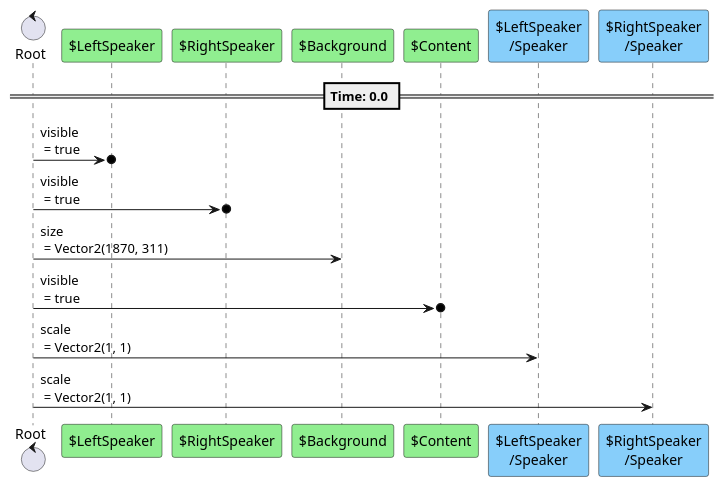
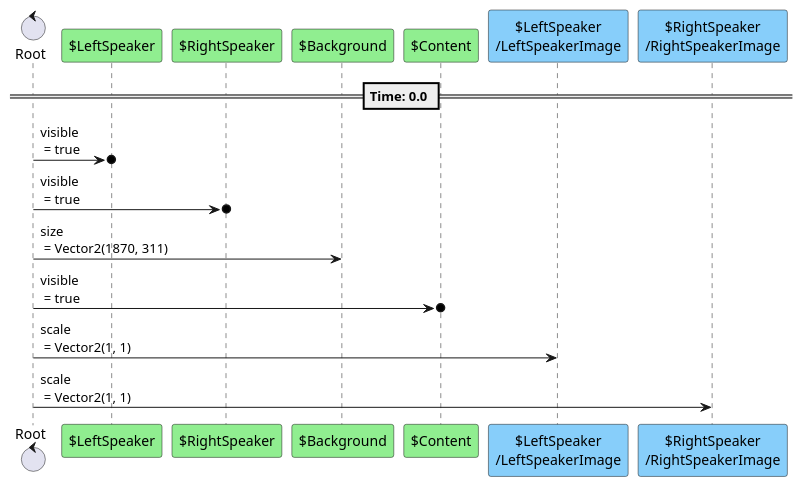
Before and after one commit to tkmfujise/Platformer-Game-Learning: the third of 5 diagrams in content/scenes/src/dialogue/dialogue.tscn.adoc, drawn with PlantUML. The commit also changed other lines of this file and 201 other files, not shown here.

```diff
--- a/content/scenes/src/dialogue/dialogue.tscn.adoc
+++ b/content/scenes/src/dialogue/dialogue.tscn.adoc
@@ -126,22 +149,22 @@
 [plantuml]
 ....
 control "Root" as R
 participant "$LeftSpeaker" as T0 #90EE90
 participant "$RightSpeaker" as T1 #90EE90
 participant "$Background" as T2 #90EE90
 participant "$Content" as T3 #90EE90
-participant "$LeftSpeaker\n/Speaker" as T4 #87CEFA
-participant "$RightSpeaker\n/Speaker" as T5 #87CEFA
+participant "$LeftSpeaker\n/LeftSpeakerImage" as T4 #87CEFA
+participant "$RightSpeaker\n/RightSpeakerImage" as T5 #87CEFA
 
 
 
 == Time: 0.0 ==
 R  ->o  T0 : visible\n = true
 R  ->o  T1 : visible\n = true
 R  ->  T2 : size\n = Vector2(1870, 311)
 R  ->o  T3 : visible\n = true
 R  ->  T4 : scale\n = Vector2(1, 1)
 R  ->  T5 : scale\n = Vector2(1, 1)
 
 
 ....
```
